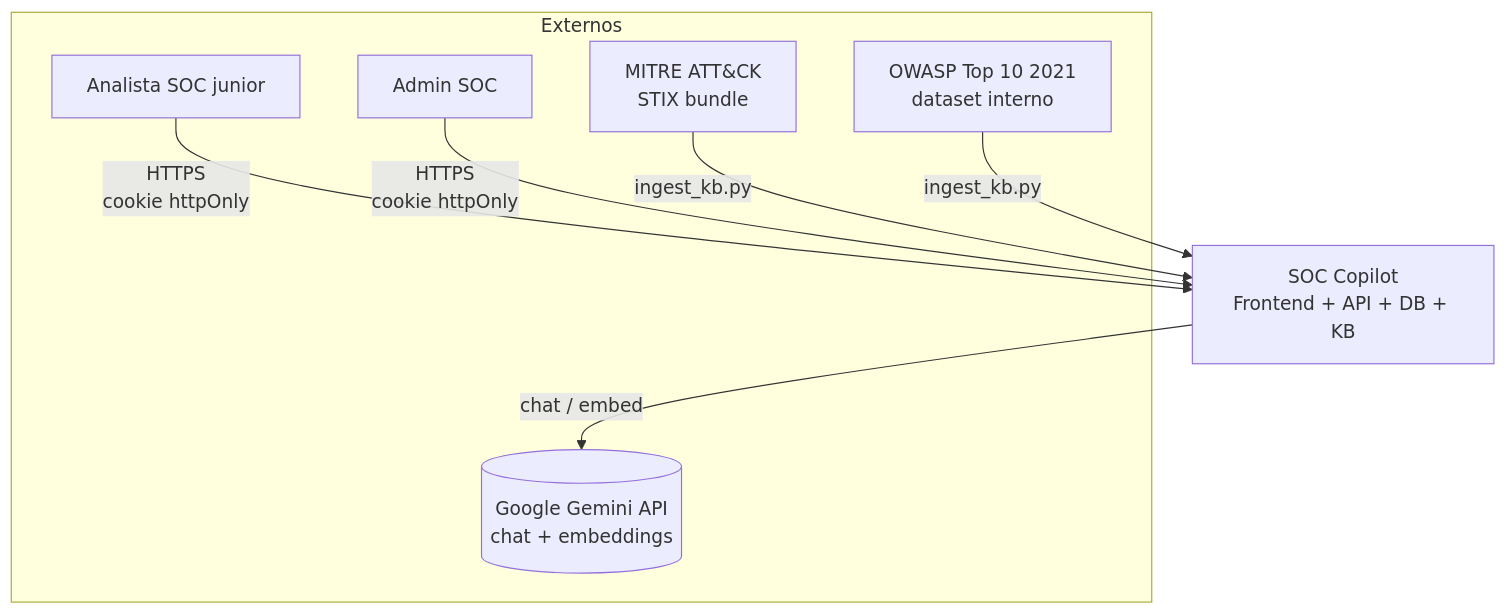
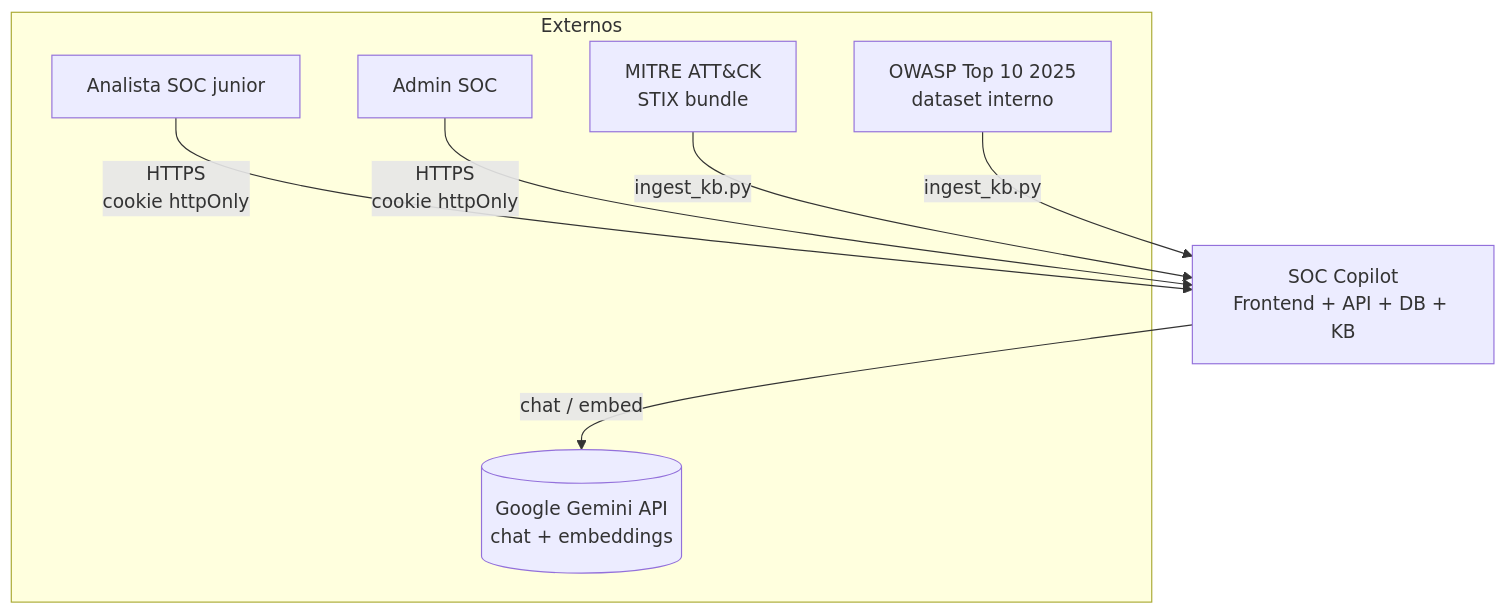
The first of 13 diagrams in docs/09-diagramas.md (f3l0X/soc-copilot), drawn with Mermaid before and after one commit. The commit also changed other lines of this file and 39 other files, not shown here.

````diff
--- a/docs/09-diagramas.md
+++ b/docs/09-diagramas.md
@@ -28,18 +28,18 @@
 ```mermaid
 graph TB
     subgraph Externos
         ANALYST[Analista SOC junior]
         ADMIN[Admin SOC]
         GEMINI[(Google Gemini API<br>chat + embeddings)]
         MITRE[MITRE ATT&CK<br>STIX bundle]
-        OWASP[OWASP Top 10 2021<br>dataset interno]
+        OWASP[OWASP Top 10 2025<br>dataset interno]
     end
 
     SOC[SOC Copilot<br>Frontend + API + DB + KB]
 
     ANALYST -->|HTTPS<br>cookie httpOnly| SOC
     ADMIN -->|HTTPS<br>cookie httpOnly| SOC
     SOC -->|chat / embed| GEMINI
     MITRE -->|ingest_kb.py| SOC
     OWASP -->|ingest_kb.py| SOC
 ```
````
